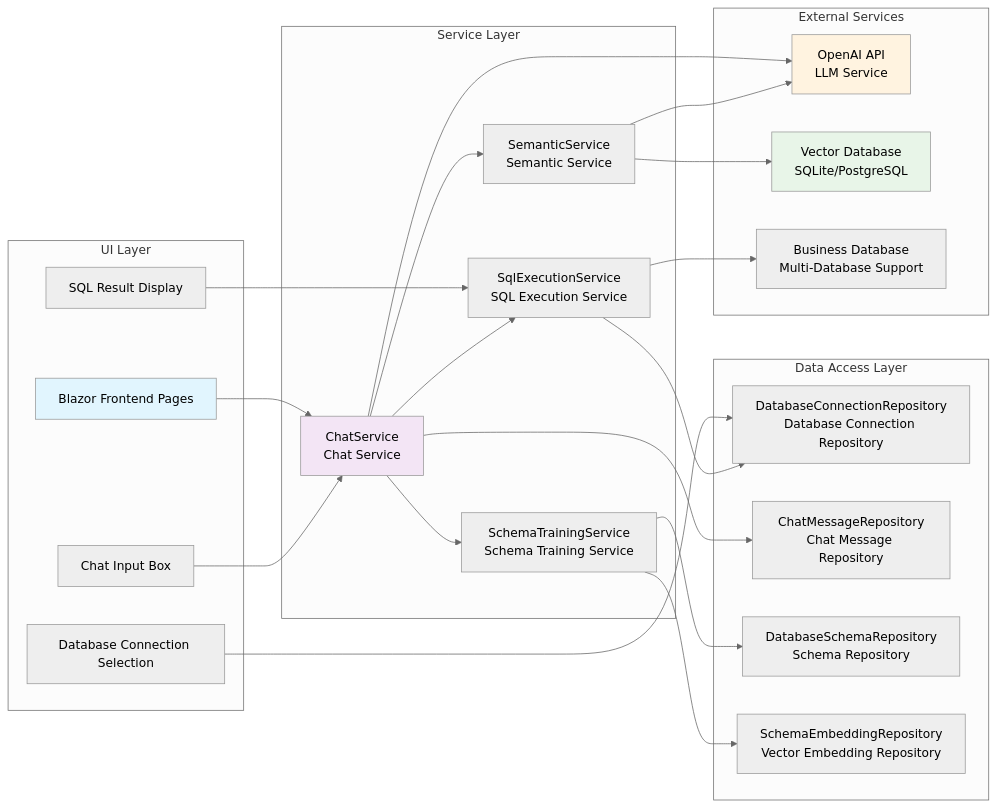
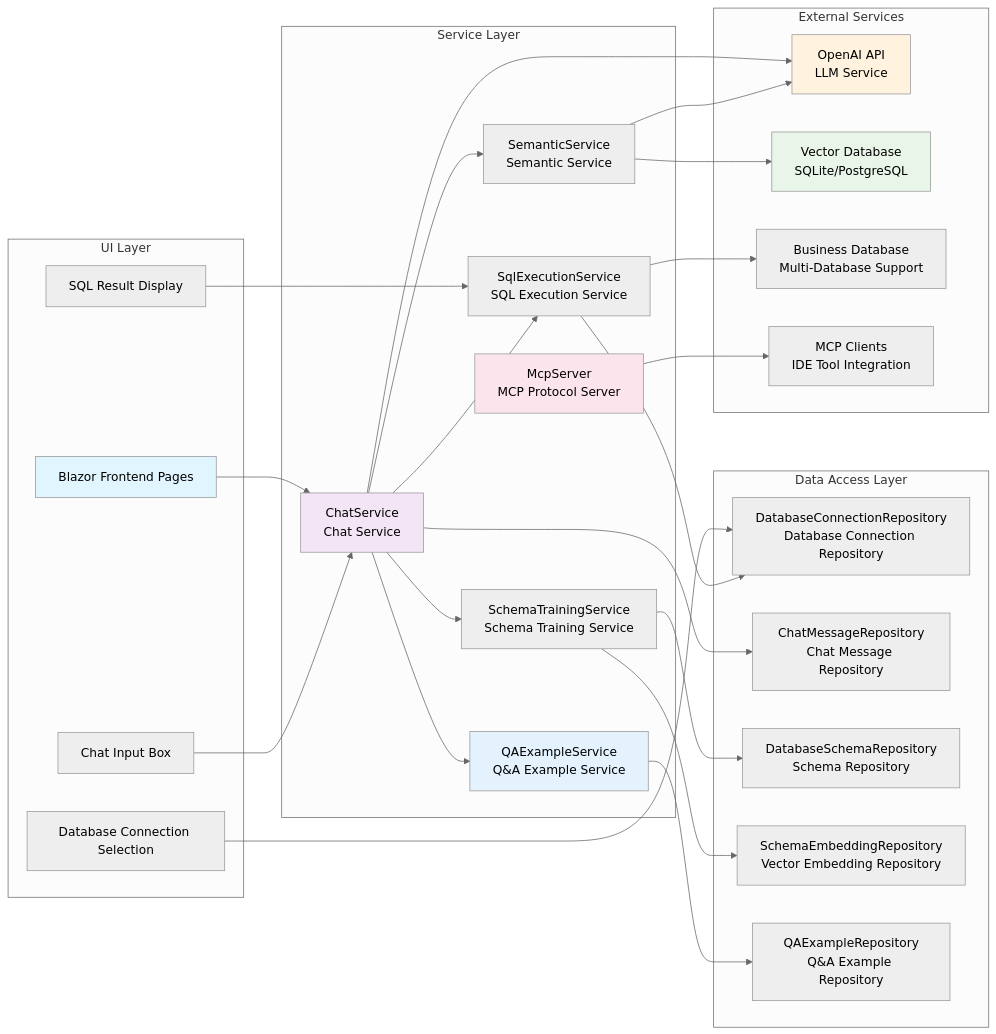
The third of 3 diagrams in README.en.md (ichichchch/Text2Sql.Net), drawn with Mermaid (neutral theme) before and after one commit. The commit also changed other lines of this file and 1 other file, not shown here.

````diff
--- a/README.en.md
+++ b/README.en.md
@@ -114,53 +135,62 @@
 ```mermaid
 flowchart LR
     subgraph "UI Layer"
         A[Blazor Frontend Pages]
         B[Database Connection Selection]
         C[Chat Input Box]
         D[SQL Result Display]
     end
     
     subgraph "Service Layer"
         E[ChatService<br/>Chat Service]
         F[SchemaTrainingService<br/>Schema Training Service]
         G[SemanticService<br/>Semantic Service]
         H[SqlExecutionService<br/>SQL Execution Service]
+        I[QAExampleService<br/>Q&A Example Service]
+        J[McpServer<br/>MCP Protocol Server]
     end
     
     subgraph "Data Access Layer"
-        I[DatabaseConnectionRepository<br/>Database Connection Repository]
-        J[ChatMessageRepository<br/>Chat Message Repository]
-        K[DatabaseSchemaRepository<br/>Schema Repository]
-        L[SchemaEmbeddingRepository<br/>Vector Embedding Repository]
+        K[DatabaseConnectionRepository<br/>Database Connection Repository]
+        L[ChatMessageRepository<br/>Chat Message Repository]
+        M[DatabaseSchemaRepository<br/>Schema Repository]
+        N[SchemaEmbeddingRepository<br/>Vector Embedding Repository]
+        O[QAExampleRepository<br/>Q&A Example Repository]
     end
     
     subgraph "External Services"
-        M[OpenAI API<br/>LLM Service]
-        N[Vector Database<br/>SQLite/PostgreSQL]
-        O[Business Database<br/>Multi-Database Support]
+        P[OpenAI API<br/>LLM Service]
+        Q[Vector Database<br/>SQLite/PostgreSQL]
+        R[Business Database<br/>Multi-Database Support]
+        S[MCP Clients<br/>IDE Tool Integration]
     end
     
     A --> E
-    B --> I
+    B --> K
     C --> E
     D --> H
     
     E --> F
     E --> G
     E --> H
-    E --> J
+    E --> L
+    E --> I
     
-    F --> K
-    F --> L
-    G --> N
-    H --> I
-    H --> O
+    F --> M
+    F --> N
+    G --> Q
+    H --> K
+    H --> R
+    I --> O
+    J --> S
     
-    E --> M
-    G --> M
+    E --> P
+    G --> P
     
     style A fill:#e1f5fe
     style E fill:#f3e5f5
-    style M fill:#fff3e0
-    style N fill:#e8f5e8
+    style P fill:#fff3e0
+    style Q fill:#e8f5e8
+    style J fill:#fce4ec
+    style I fill:#e3f2fd
 ```
````
